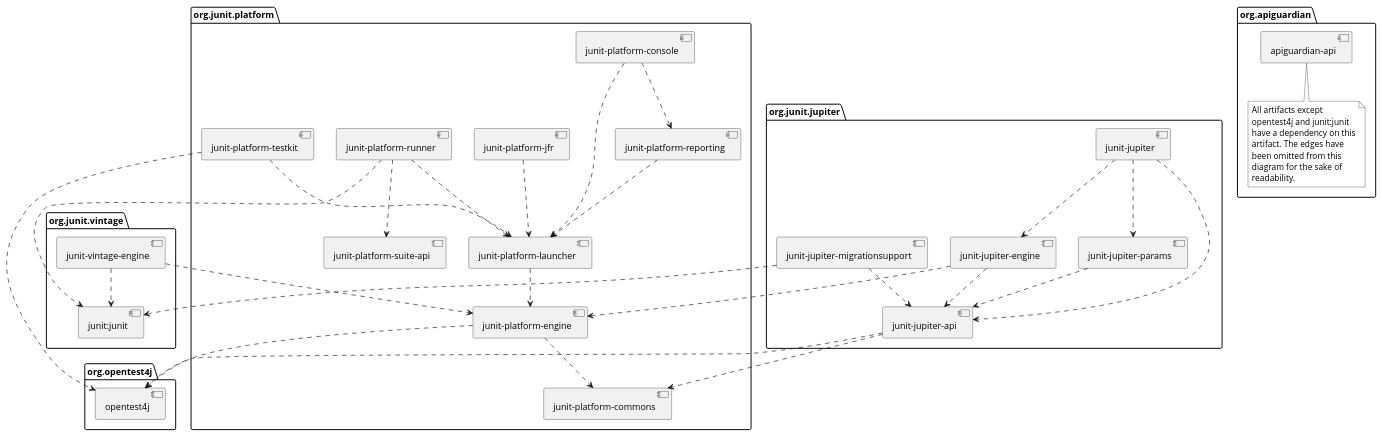
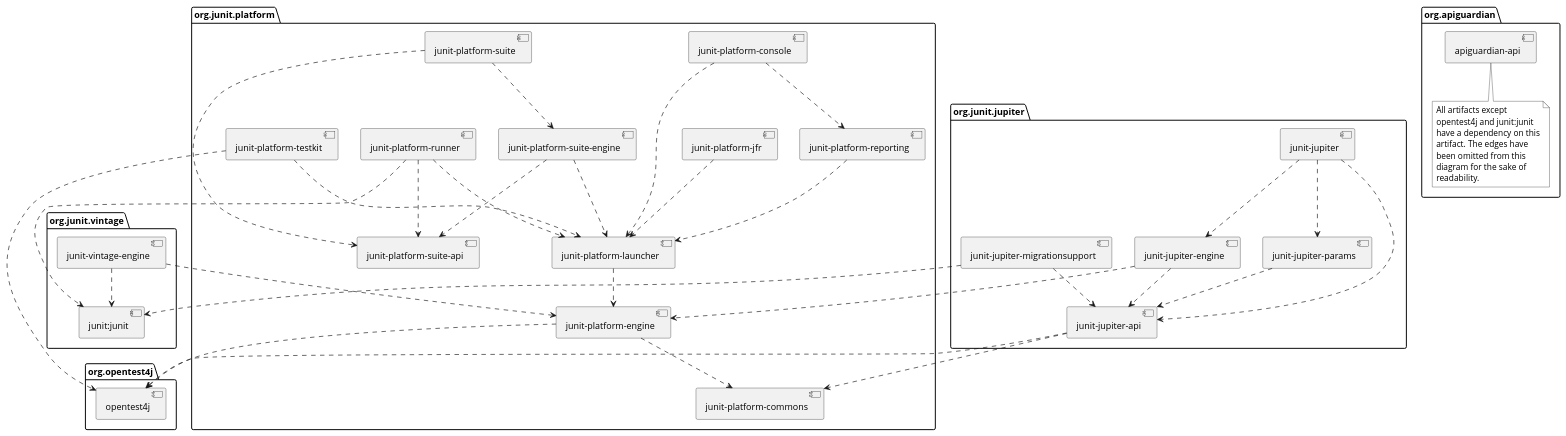
Before and after one commit to junit-team/junit5: the diagram in documentation/src/docs/asciidoc/user-guide/appendix.adoc, drawn with PlantUML. The commit also changed other lines of this file and 8 other files, not shown here.

Commit message:
Document the junit platform suite engine

```diff
--- a/documentation/src/docs/asciidoc/user-guide/appendix.adoc
+++ b/documentation/src/docs/asciidoc/user-guide/appendix.adoc
@@ -148,7 +155,9 @@
     [junit-platform-launcher] as launcher
     [junit-platform-reporting] as reporting
     [junit-platform-runner] as runner
+    [junit-platform-suite] as suite
     [junit-platform-suite-api] as suite_api
+    [junit-platform-suite-engine] as suite_engine
     [junit-platform-testkit] as testkit
 }
 
@@ -199,6 +208,12 @@
 runner ..> suite_api
 runner ..> junit4
 
+suite ..> suite_api
+suite ..> suite_engine
+
+suite_engine ..> launcher
+suite_engine ..> suite_api
+
 testkit ..> opentest4j
 testkit ..> launcher
 
```
